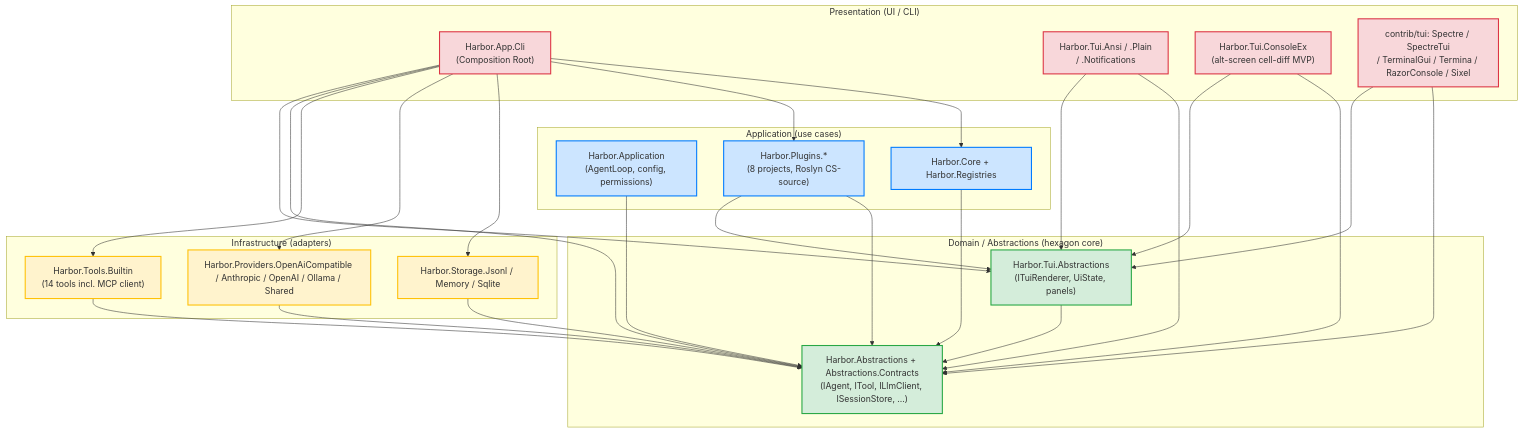
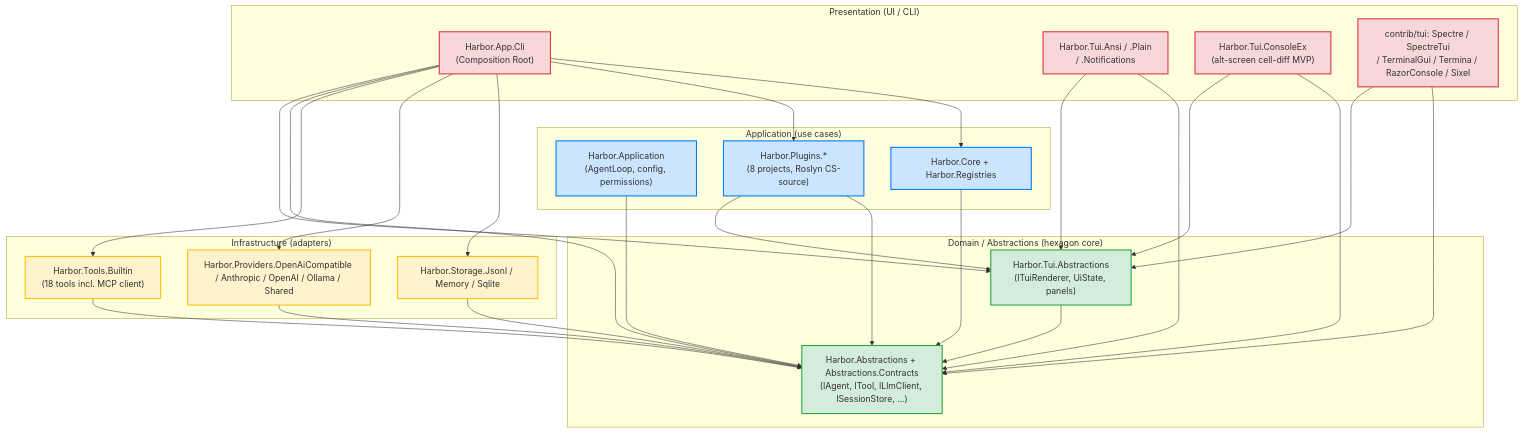
The diagram in docs/ARCHITECTURE_LAYERS.md (refusedguy/Harbor-Harness), drawn with Mermaid before and after one commit. The commit also changed 14 other files, not shown here.

First line of the commit message:
feat(mcp): read_mcp_resource + mcp_prompt tools (issue #15)

````diff
--- a/docs/ARCHITECTURE_LAYERS.md
+++ b/docs/ARCHITECTURE_LAYERS.md
@@ -137,62 +137,62 @@
 ```mermaid
 flowchart TB
     subgraph Pres["Presentation (UI / CLI)"]
         Cli["Harbor.App.Cli<br/>(Composition Root)"]
         TuiAnsi["Harbor.Tui.Ansi / .Plain<br/>/ .Notifications"]
         TuiConsoleEx["Harbor.Tui.ConsoleEx<br/>(alt-screen cell-diff MVP)"]
         TuiContrib["contrib/tui: Spectre / SpectreTui<br/>/ TerminalGui / Termina / RazorConsole / Sixel"]
     end
 
     subgraph App["Application (use cases)"]
         AppLayer["Harbor.Application<br/>(AgentLoop, config, permissions)"]
         Core["Harbor.Core + Harbor.Registries"]
         Plugins["Harbor.Plugins.*<br/>(8 projects, Roslyn CS-source)"]
     end
 
     subgraph Infra["Infrastructure (adapters)"]
         Storage["Harbor.Storage.Jsonl / Memory / Sqlite"]
         Providers["Harbor.Providers.OpenAiCompatible / Anthropic / OpenAI / Ollama / Shared"]
-        Tools["Harbor.Tools.Builtin<br/>(14 tools incl. MCP client)"]
+        Tools["Harbor.Tools.Builtin<br/>(18 tools incl. MCP client)"]
     end
 
     subgraph Domain["Domain / Abstractions (hexagon core)"]
         Abs["Harbor.Abstractions + Abstractions.Contracts<br/>(IAgent, ITool, ILlmClient, ISessionStore, ...)"]
         TuiAbs["Harbor.Tui.Abstractions<br/>(ITuiRenderer, UiState, panels)"]
     end
 
     Cli --> Core
     Cli --> Plugins
     Cli --> Storage
     Cli --> Providers
     Cli --> Tools
     Cli --> Abs
     Cli --> TuiAbs
 
     TuiAnsi --> Abs
     TuiAnsi --> TuiAbs
     TuiConsoleEx --> Abs
     TuiConsoleEx --> TuiAbs
     TuiContrib --> Abs
     TuiContrib --> TuiAbs
 
     AppLayer --> Abs
     Core --> Abs
     Plugins --> Abs
     Plugins --> TuiAbs
 
     Storage --> Abs
     Providers --> Abs
     Tools --> Abs
 
     TuiAbs --> Abs
 
     classDef domain fill:#d4edda,stroke:#28a745,stroke-width:2px
     classDef app fill:#cce5ff,stroke:#007bff,stroke-width:2px
     classDef infra fill:#fff3cd,stroke:#ffc107,stroke-width:2px
     classDef pres fill:#f8d7da,stroke:#dc3545,stroke-width:2px
 
     class Abs,TuiAbs domain
     class AppLayer,Core,Plugins app
     class Storage,Providers,Tools infra
     class Cli,TuiAnsi,TuiConsoleEx,TuiContrib pres
 ```
````
